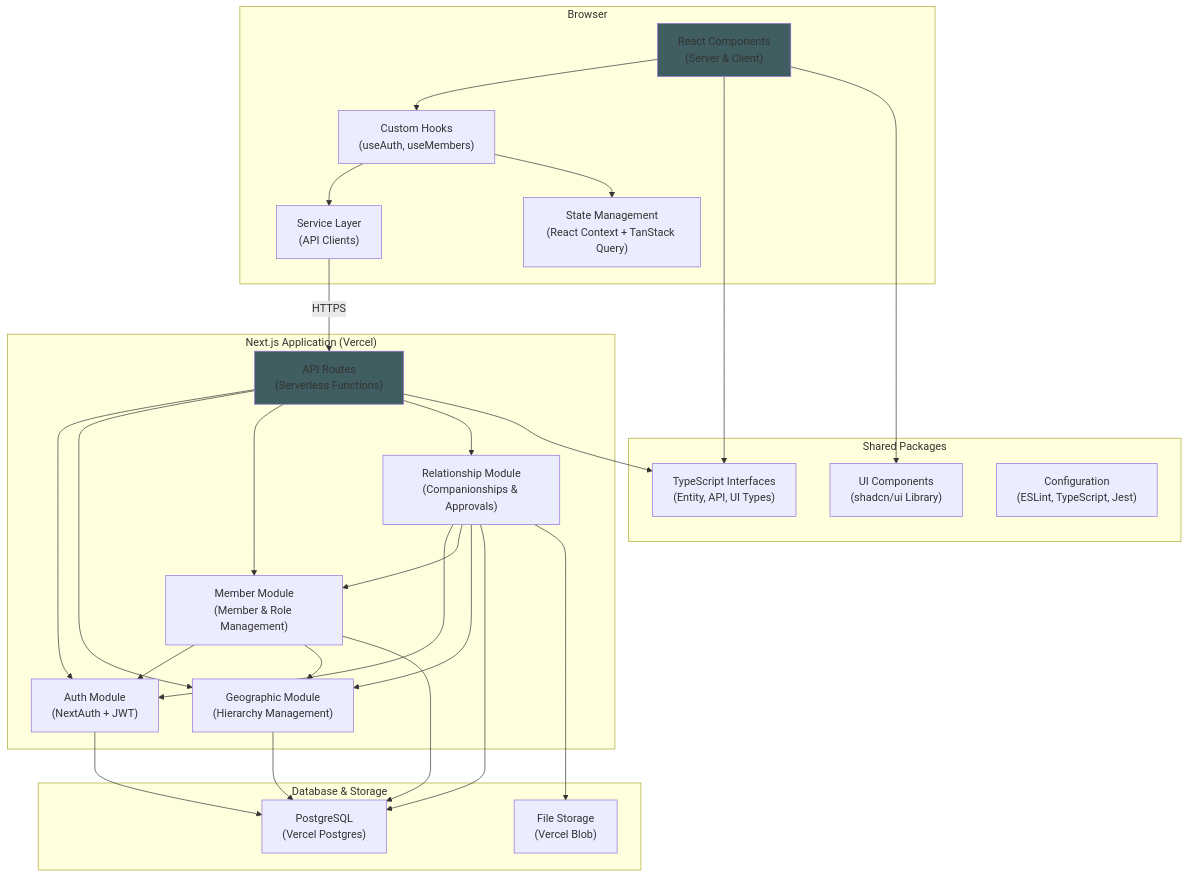
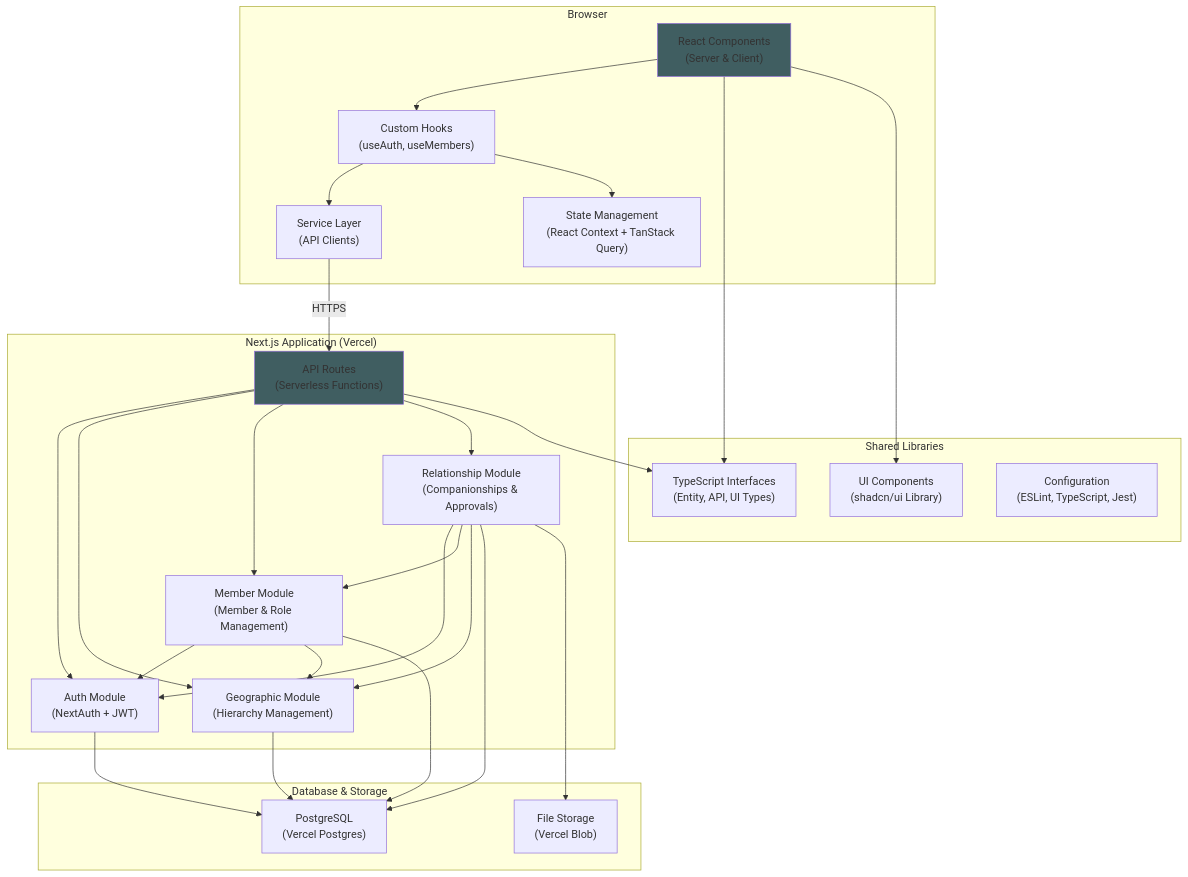
One commit to greg-latuszek/emma-companionship changed the second of 16 diagrams in docs/architecture.md. Above: the diagram before and after it, drawn with Mermaid. The commit also changed other lines of this file and 11 other files, not shown here.

````diff
--- a/docs/architecture.md
+++ b/docs/architecture.md
@@ -1634,56 +1634,56 @@
 ```mermaid
 graph TD
     subgraph "Browser"
         A["React Components<br/>(Server & Client)"]
         B["Custom Hooks<br/>(useAuth, useMembers)"]
         C["Service Layer<br/>(API Clients)"]
         D["State Management<br/>(React Context + TanStack Query)"]
         
         A --> B
         B --> C
         B --> D
     end
     
     subgraph "Next.js Application (Vercel)"
         E["API Routes<br/>(Serverless Functions)"]
         F["Auth Module<br/>(NextAuth + JWT)"]
         G["Geographic Module<br/>(Hierarchy Management)"]
         H["Member Module<br/>(Member & Role Management)"]
         I["Relationship Module<br/>(Companionships & Approvals)"]
         
         E --> F
         E --> G
         E --> H
         E --> I
         
         H --> F
         H --> G
         I --> F
         I --> H
         I --> G
     end
     
-    subgraph "Shared Packages"
+    subgraph "Shared Libraries"
         J["TypeScript Interfaces<br/>(Entity, API, UI Types)"]
         K["UI Components<br/>(shadcn/ui Library)"]
         L["Configuration<br/>(ESLint, TypeScript, Jest)"]
     end
     
     subgraph "Database & Storage"
         M["PostgreSQL<br/>(Vercel Postgres)"]
         N["File Storage<br/>(Vercel Blob)"]
     end
     
     C -- HTTPS --> E
     A --> J
     A --> K
     E --> J
     F --> M
     G --> M
     H --> M
     I --> M
     I --> N
     
     style A fill:#405E61
     style E fill:#405E61
 ```
````
